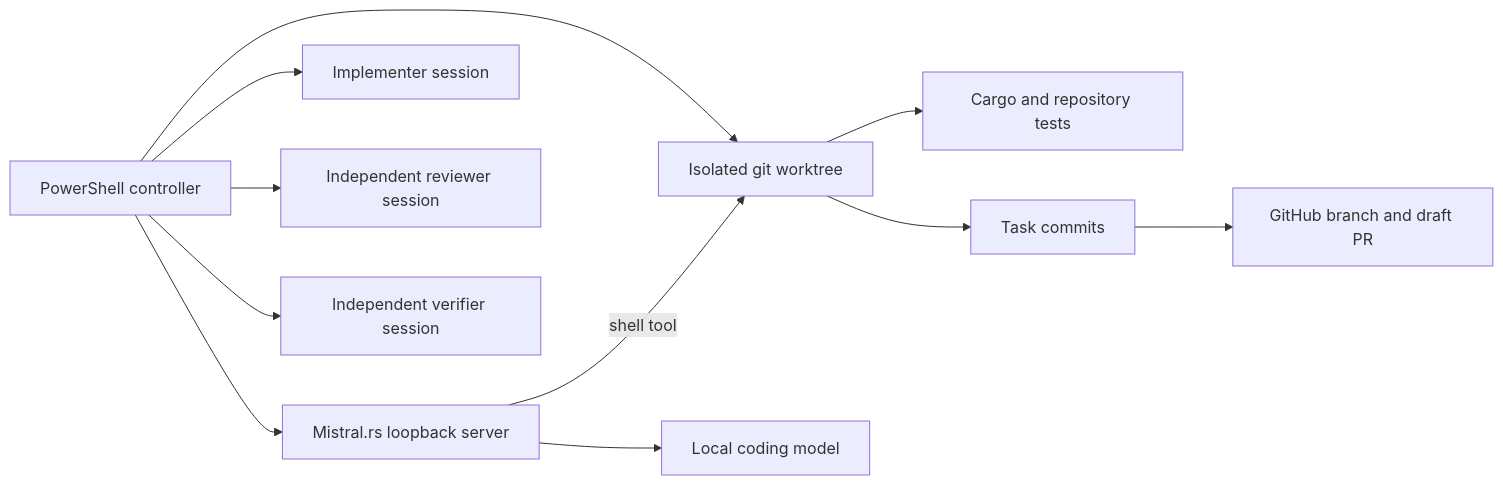
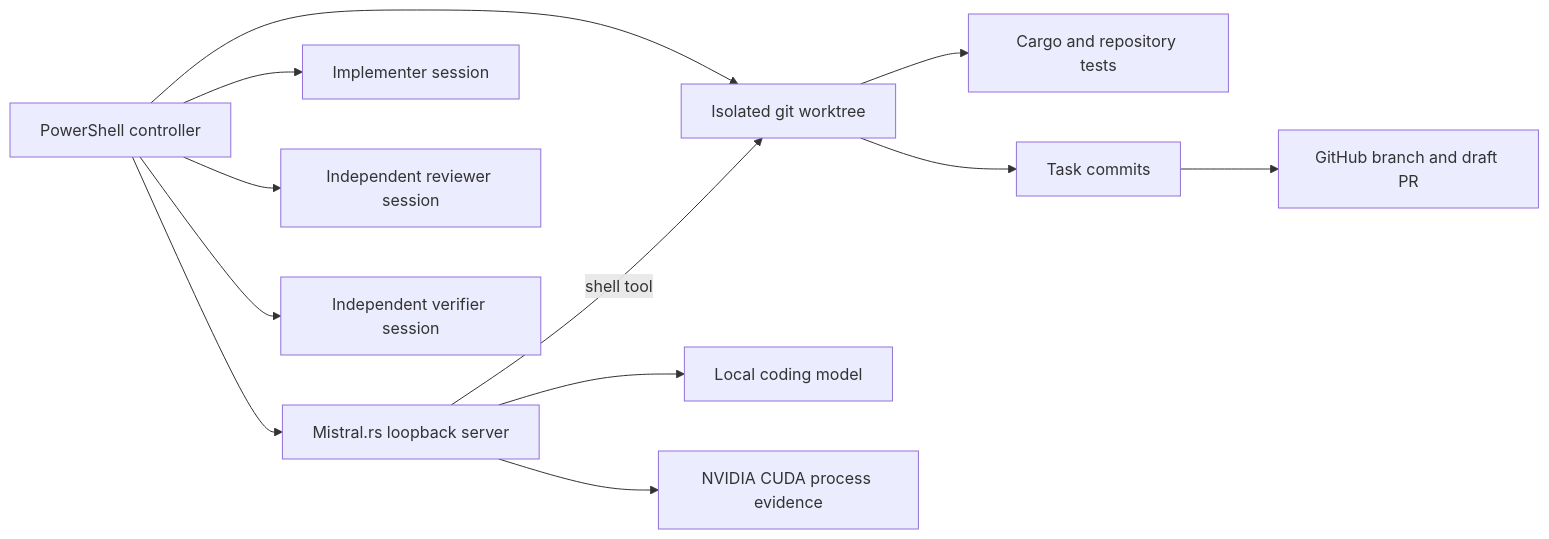
One commit to HaggisSupper/3dMK changed the diagram in docs/superpowers/specs/2026-08-07-mistralrs-local-agent-experiment-design.md. Above: the diagram before and after it, drawn with Mermaid. The commit also changed other lines of this file, not shown here.

Commit message:
docs: make CUDA execution a design invariant

````diff
--- a/docs/superpowers/specs/2026-08-07-mistralrs-local-agent-experiment-design.md
+++ b/docs/superpowers/specs/2026-08-07-mistralrs-local-agent-experiment-design.md
@@ -15,13 +17,14 @@
 ```mermaid
 flowchart LR
     PS[PowerShell controller] --> WT[Isolated git worktree]
     PS --> MR[Mistral.rs loopback server]
     MR --> MODEL[Local coding model]
     MR -->|shell tool| WT
+    MR --> CUDA[NVIDIA CUDA process evidence]
     WT --> TESTS[Cargo and repository tests]
     WT --> GIT[Task commits]
     GIT --> GH[GitHub branch and draft PR]
     PS --> I[Implementer session]
     PS --> R[Independent reviewer session]
     PS --> V[Independent verifier session]
 ```
````
